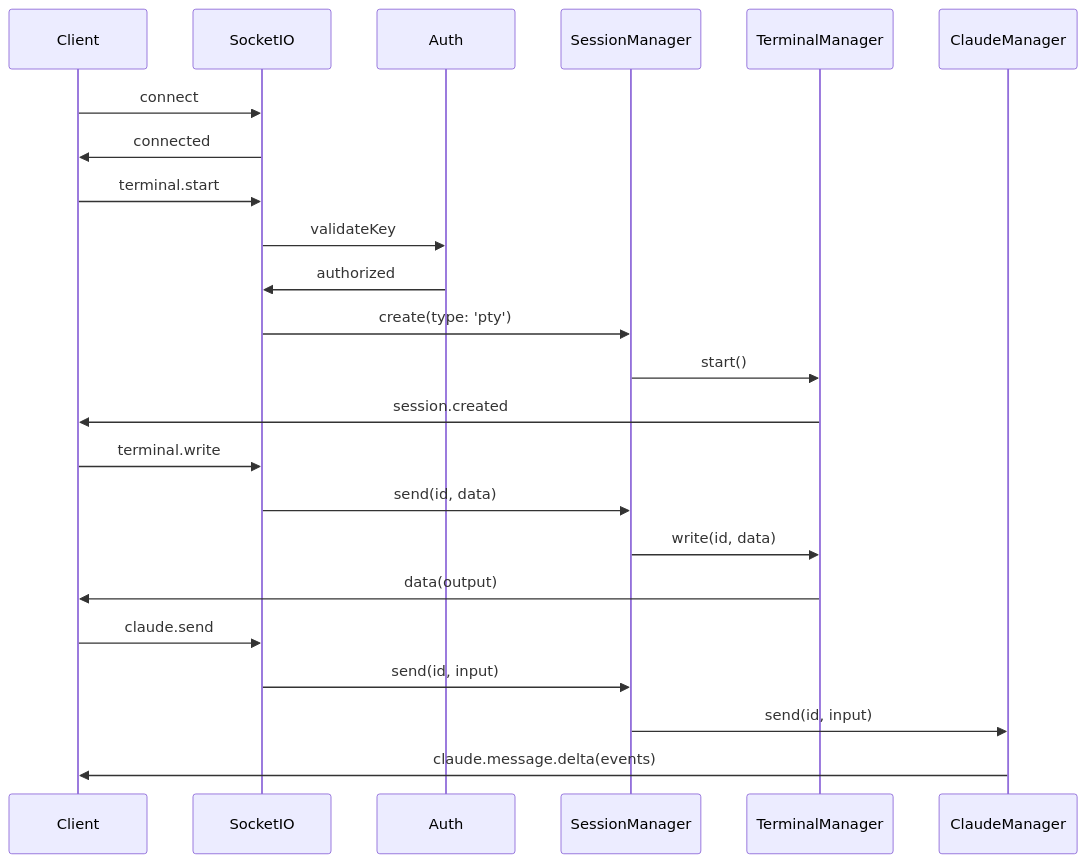
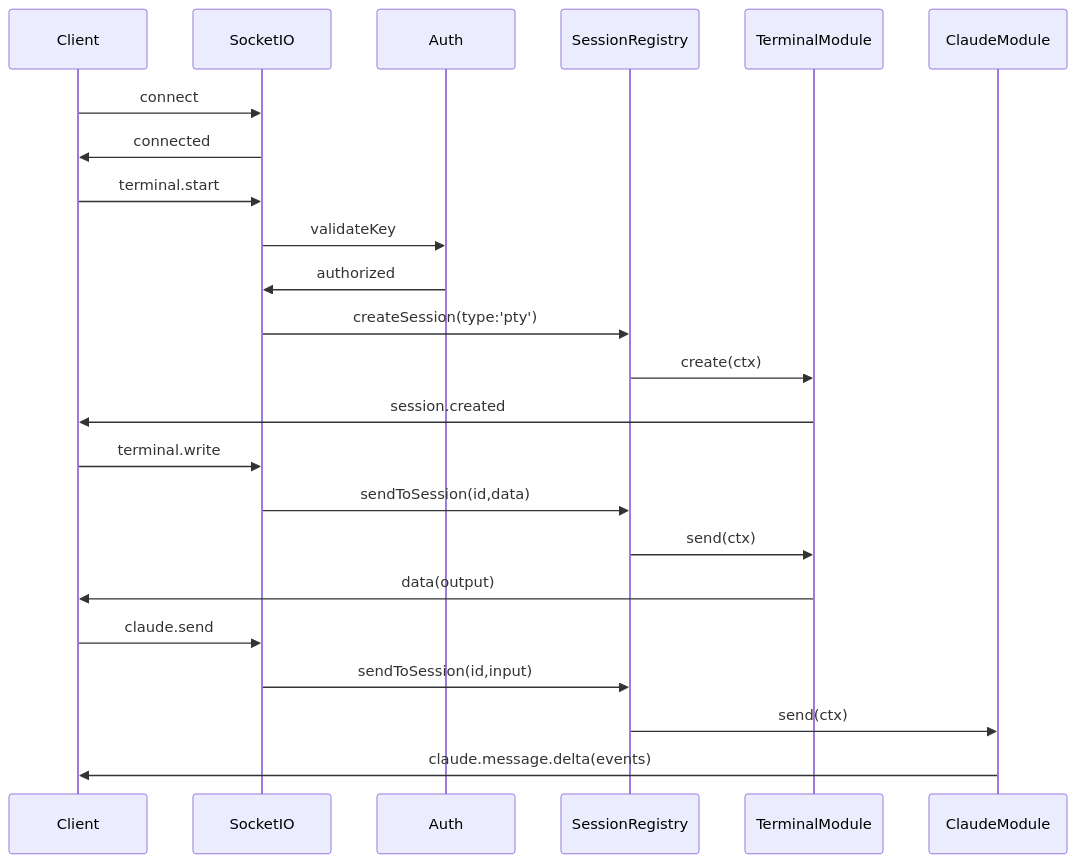
Before and after one commit to fwdslsh/dispatch: the sixth of 13 diagrams in docs/ARCHITECTURE.md, drawn with Mermaid. The commit also changed other lines of this file and 100 other files, not shown here.

````diff
--- a/docs/ARCHITECTURE.md
+++ b/docs/ARCHITECTURE.md
@@ -375,29 +337,29 @@
 ```mermaid
 sequenceDiagram
     participant Client
     participant SocketIO
     participant Auth
-    participant SessionManager
-    participant TerminalManager
-    participant ClaudeManager
+    participant SessionRegistry
+    participant TerminalModule
+    participant ClaudeModule
 
     Client->>SocketIO: connect
     SocketIO->>Client: connected
 
     Client->>SocketIO: terminal.start
     SocketIO->>Auth: validateKey
     Auth->>SocketIO: authorized
-    SocketIO->>SessionManager: create(type: 'pty')
-    SessionManager->>TerminalManager: start()
-    TerminalManager->>Client: session.created
+    SocketIO->>SessionRegistry: createSession(type:'pty')
+    SessionRegistry->>TerminalModule: create(ctx)
+    TerminalModule->>Client: session.created
 
     Client->>SocketIO: terminal.write
-    SocketIO->>SessionManager: send(id, data)
-    SessionManager->>TerminalManager: write(id, data)
-    TerminalManager->>Client: data(output)
+    SocketIO->>SessionRegistry: sendToSession(id,data)
+    SessionRegistry->>TerminalModule: send(ctx)
+    TerminalModule->>Client: data(output)
 
     Client->>SocketIO: claude.send
-    SocketIO->>SessionManager: send(id, input)
-    SessionManager->>ClaudeManager: send(id, input)
-    ClaudeManager->>Client: claude.message.delta(events)
+    SocketIO->>SessionRegistry: sendToSession(id,input)
+    SessionRegistry->>ClaudeModule: send(ctx)
+    ClaudeModule->>Client: claude.message.delta(events)
 ```
````
